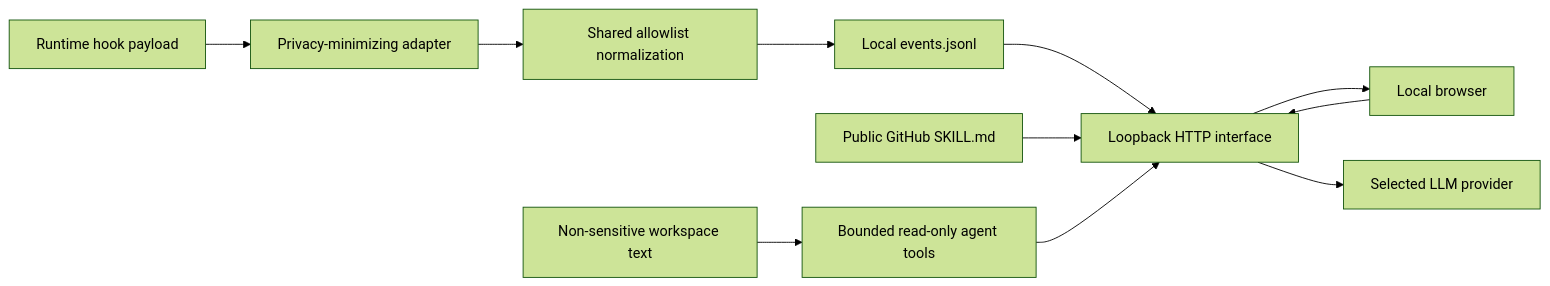
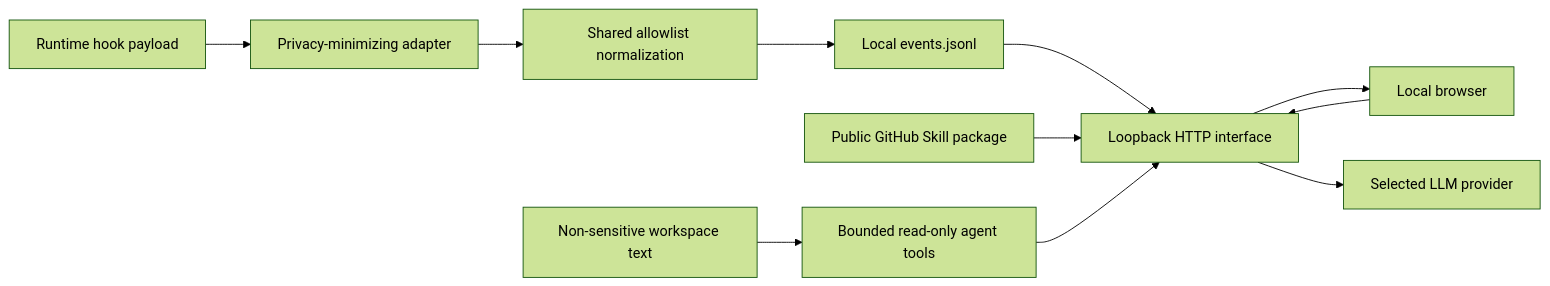
The diagram in docs/develop/security/privacy-security.md (Gjts/skillops), drawn with Mermaid (forest theme) before and after one commit. The commit also changed other lines of this file and 169 other files, not shown here.

````diff
--- a/docs/develop/security/privacy-security.md
+++ b/docs/develop/security/privacy-security.md
@@ -88,13 +145,13 @@
 ```mermaid
 flowchart LR
     H[Runtime hook payload] --> A[Privacy-minimizing adapter]
     A --> N[Shared allowlist normalization]
     N --> J[Local events.jsonl]
     J --> L[Loopback HTTP interface]
     L --> B[Local browser]
-    G[Public GitHub SKILL.md] --> L
+    G[Public GitHub Skill package] --> L
     W[Non-sensitive workspace text] --> R[Bounded read-only agent tools]
     R --> L
     B --> L
     L --> P[Selected LLM provider]
 ```
````
